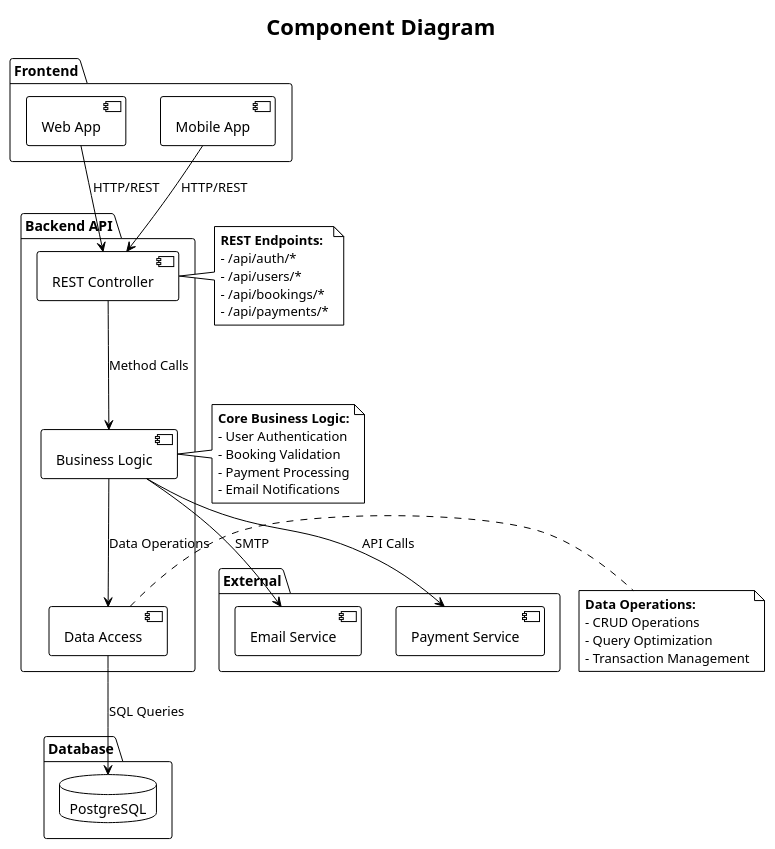
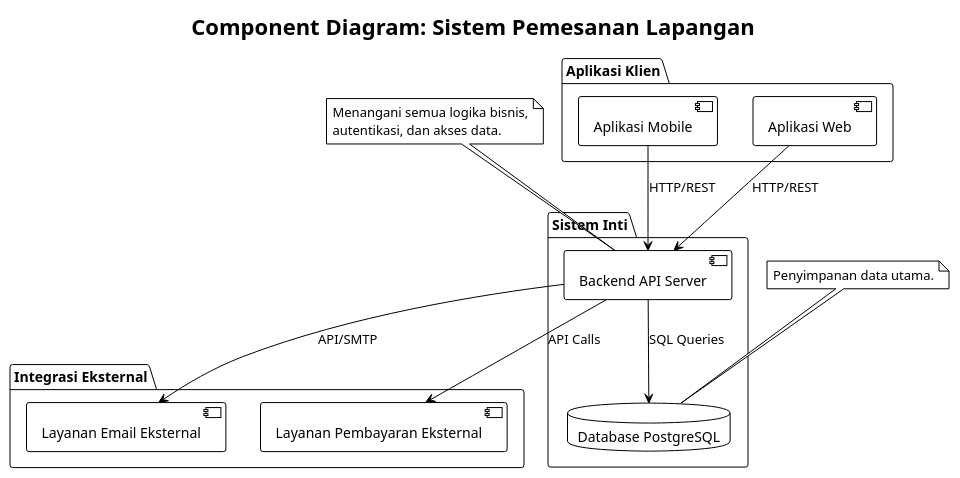
The diagram in JurnalAPPL/ComponentDiagram/ComponentLapanganOlahraga.puml (myasirnovals/Appl), drawn with PlantUML before and after one commit. The commit also changed 92 other files, not shown here.

Commit message:
memperbaiki seluruh diagram

```diff
--- a/JurnalAPPL/ComponentDiagram/ComponentLapanganOlahraga.puml
+++ b/JurnalAPPL/ComponentDiagram/ComponentLapanganOlahraga.puml
@@ -1,40 +1,41 @@
 @startuml
 !theme plain
-title Component Diagram
+title Component Diagram: Sistem Pemesanan Lapangan
 
-package "Frontend" {
-    [Web App] as Web
-    [Mobile App] as Mobile
+' Packages for logical grouping
+package "Aplikasi Klien" {
+    ' Define components INSIDE the package
+    component "Aplikasi Web" as WebApp
+    component "Aplikasi Mobile" as MobileApp
 }
 
-package "Backend API" {
-    [REST Controller] as Controller
-    [Business Logic] as Service
-    [Data Access] as Repository
+package "Sistem Inti" {
+    component "Backend API Server" as BackendAPI
+    database "Database PostgreSQL" as DB
 }
 
-package "Database" {
-    database "PostgreSQL" as DB
+package "Integrasi Eksternal" {
+    component "Layanan Email Eksternal" as EmailSvc
+    component "Layanan Pembayaran Eksternal" as PaymentSvc
 }
 
-package "External" {
-    [Email Service] as Email
-    [Payment Service] as Payment
-}
+' Connections
+WebApp --> BackendAPI : "HTTP/REST"
+MobileApp --> BackendAPI : "HTTP/REST"
 
-' Simple connections
-Web --> Controller : HTTP/REST
-Mobile --> Controller : HTTP/REST
-Controller --> Service : Method Calls
-Service --> Repository : Data Operations
-Repository --> DB : SQL Queries
-Service --> Email : SMTP
-Service --> Payment : API Calls
+BackendAPI --> DB : "SQL Queries"
 
-note right of Controller : **REST Endpoints:**\n- /api/auth/*\n- /api/users/*\n- /api/bookings/*\n- /api/payments/*
+BackendAPI --> EmailSvc : "API/SMTP"
+BackendAPI --> PaymentSvc : "API Calls"
 
-note right of Service : **Core Business Logic:**\n- User Authentication\n- Booking Validation\n- Payment Processing\n- Email Notifications
+' Notes for additional context (simplified)
+note top of BackendAPI
+  Menangani semua logika bisnis,
+  autentikasi, dan akses data.
+end note
 
-note right of Repository : **Data Operations:**\n- CRUD Operations\n- Query Optimization\n- Transaction Management
+note top of DB
+  Penyimpanan data utama.
+end note
 
 @enduml
```
